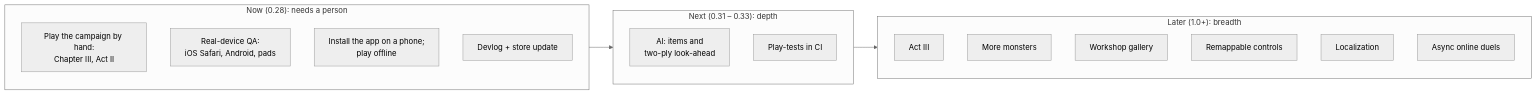
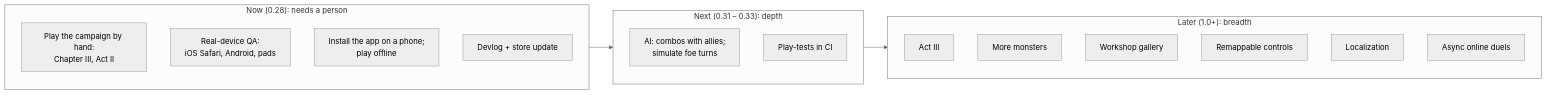
The second of 4 diagrams in docs/ROADMAP.md (CptNope/Chess-RPG-Tactics), drawn with Mermaid (neutral theme) before and after one commit. The commit also changed other lines of this file and 19 other files, not shown here.

First line of the commit message:
0.31.0: smarter enemies: think a turn ahead, use items

````diff
--- a/docs/ROADMAP.md
+++ b/docs/ROADMAP.md
@@ -91,25 +93,25 @@
 ```mermaid
 flowchart LR
     subgraph NOW["Now (0.28): needs a person"]
         direction TB
         N1["Play the campaign by hand:<br/>Chapter III, Act II"]
         N2["Real-device QA:<br/>iOS Safari, Android, pads"]
         N3["Install the app on a phone;<br/>play offline"]
         N4["Devlog + store update"]
     end
     subgraph NEXT["Next (0.31 – 0.33): depth"]
         direction TB
-        X1["AI: items and<br/>two-ply look-ahead"]
+        X1["AI: combos with allies;<br/>simulate foe turns"]
         X5["Play-tests in CI"]
     end
     subgraph LATER["Later (1.0+): breadth"]
         direction TB
         L1["Act III"]
         L2["More monsters"]
         L4["Workshop gallery"]
         L5["Remappable controls"]
         L6["Localization"]
         L7["Async online duels"]
     end
     NOW --> NEXT --> LATER
 ```
````
